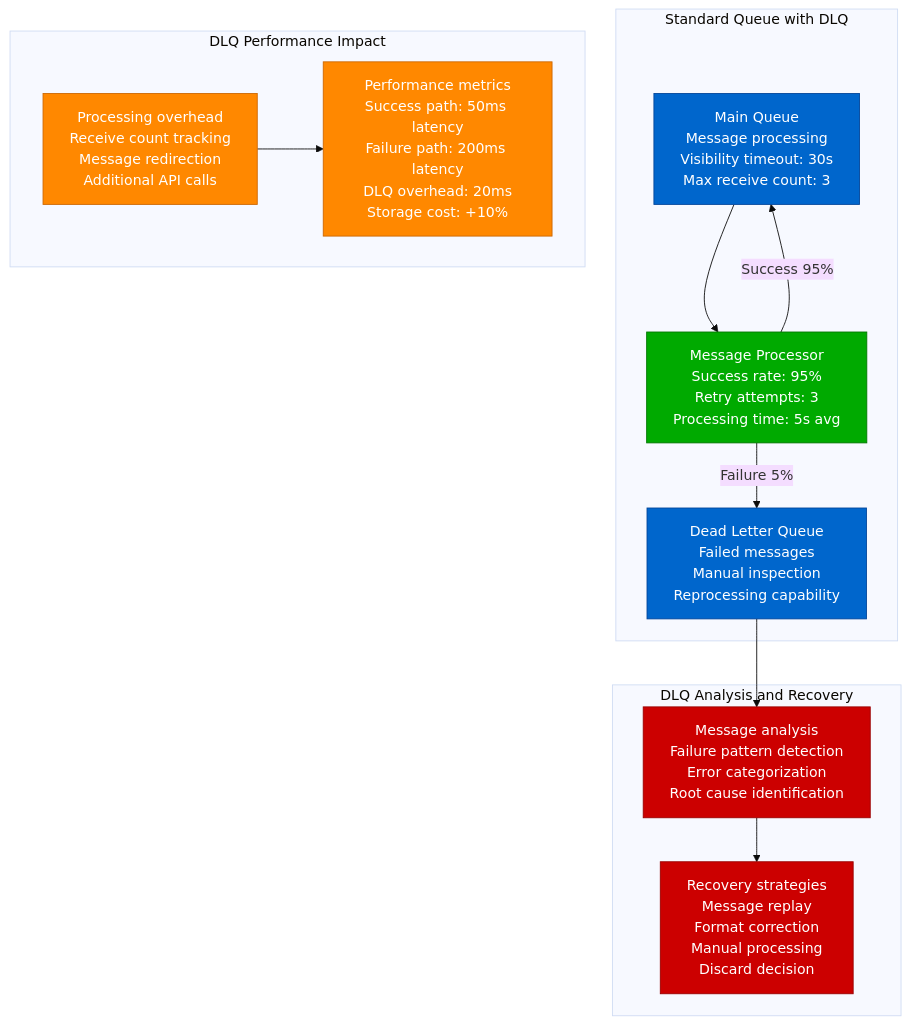
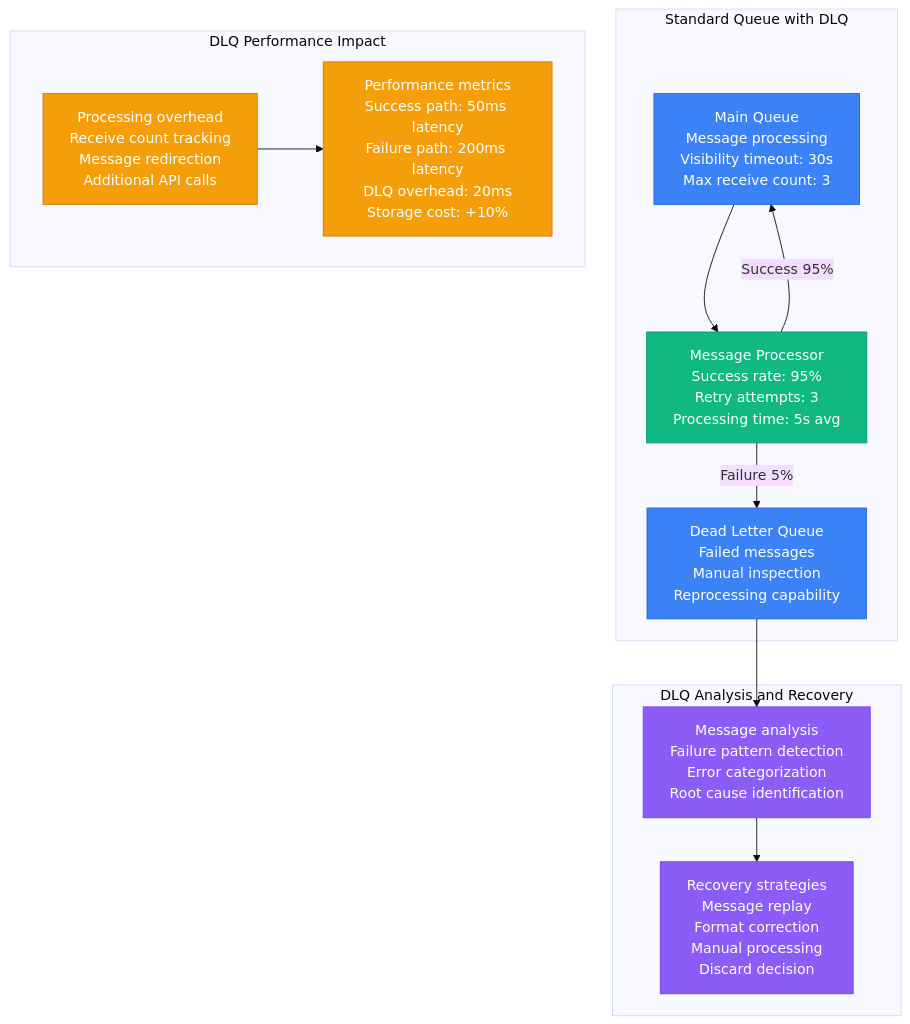
One commit to deepaucksharma/DS changed the eighth of 13 diagrams in site/docs/performance/sqs-sns-performance-profile.md. Above: the diagram before and after it, drawn with Mermaid (base theme). The commit also changed other lines of this file and 303 other files, not shown here.

````diff
--- a/site/docs/performance/sqs-sns-performance-profile.md
+++ b/site/docs/performance/sqs-sns-performance-profile.md
@@ -282,40 +282,40 @@
 ```mermaid
 graph TB
     subgraph "Standard Queue with DLQ"
         MAIN_Q[Main Queue<br/>Message processing<br/>Visibility timeout: 30s<br/>Max receive count: 3]
 
         DLQ[Dead Letter Queue<br/>Failed messages<br/>Manual inspection<br/>Reprocessing capability]
 
         PROC[Message Processor<br/>Success rate: 95%<br/>Retry attempts: 3<br/>Processing time: 5s avg]
 
         MAIN_Q --> PROC
         PROC -->|Success 95%| MAIN_Q
         PROC -->|Failure 5%| DLQ
     end
 
     subgraph "DLQ Performance Impact"
         IMPACT1[Processing overhead<br/>Receive count tracking<br/>Message redirection<br/>Additional API calls]
 
         IMPACT2[Performance metrics<br/>Success path: 50ms latency<br/>Failure path: 200ms latency<br/>DLQ overhead: 20ms<br/>Storage cost: +10%]
 
         IMPACT1 --> IMPACT2
     end
 
     subgraph "DLQ Analysis and Recovery"
         ANALYSIS[Message analysis<br/>Failure pattern detection<br/>Error categorization<br/>Root cause identification]
 
         RECOVERY[Recovery strategies<br/>Message replay<br/>Format correction<br/>Manual processing<br/>Discard decision]
 
         DLQ --> ANALYSIS --> RECOVERY
     end
 
-    classDef queueStyle fill:#0066CC,stroke:#004499,color:#fff
-    classDef processStyle fill:#00AA00,stroke:#007700,color:#fff
-    classDef impactStyle fill:#FF8800,stroke:#CC6600,color:#fff
-    classDef analysisStyle fill:#CC0000,stroke:#990000,color:#fff
+    classDef queueStyle fill:#3B82F6,stroke:#2563EB,color:#fff
+    classDef processStyle fill:#10B981,stroke:#059669,color:#fff
+    classDef impactStyle fill:#F59E0B,stroke:#D97706,color:#fff
+    classDef analysisStyle fill:#8B5CF6,stroke:#7C3AED,color:#fff
 
     class MAIN_Q,DLQ queueStyle
     class PROC processStyle
     class IMPACT1,IMPACT2 impactStyle
     class ANALYSIS,RECOVERY analysisStyle
 ```
````
